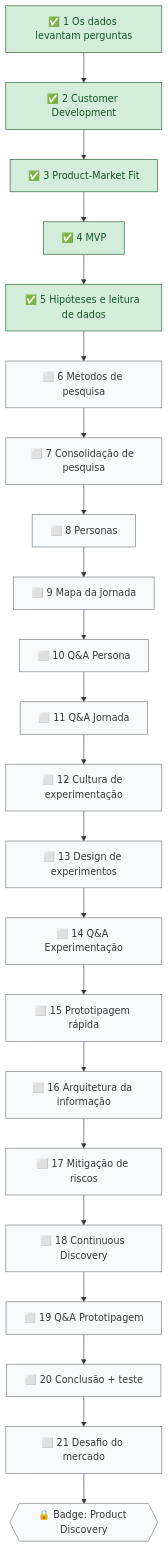
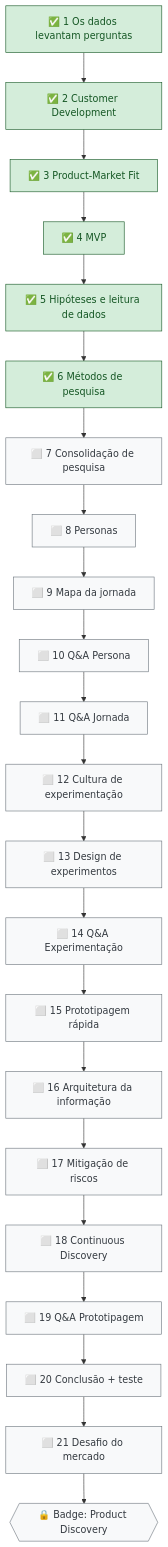
One commit to letsprown-code/po-learning-journal changed the fourth of 7 diagrams in mapa-de-estudos.md. Above: the diagram before and after it, drawn with Mermaid. The commit also changed other lines of this file and 3 other files, not shown here.

First line of the commit message:
DPL 03 aula 6: Métodos de pesquisa

```diff
--- a/mapa-de-estudos.md
+++ b/mapa-de-estudos.md
@@ -141,14 +141,14 @@
 ~~~mermaid
 flowchart TD
     D1["✅ 1 Os dados levantam perguntas"] --> D2["✅ 2 Customer Development"] --> D3["✅ 3 Product-Market Fit"] --> D4["✅ 4 MVP"]
-    D4 --> D5["✅ 5 Hipóteses e leitura de dados"] --> D6["⬜ 6 Métodos de pesquisa"] --> D7["⬜ 7 Consolidação de pesquisa"]
+    D4 --> D5["✅ 5 Hipóteses e leitura de dados"] --> D6["✅ 6 Métodos de pesquisa"] --> D7["⬜ 7 Consolidação de pesquisa"]
     D7 --> D8["⬜ 8 Personas"] --> D9["⬜ 9 Mapa da jornada"] --> D10["⬜ 10 Q&A Persona"] --> D11["⬜ 11 Q&A Jornada"]
     D11 --> D12["⬜ 12 Cultura de experimentação"] --> D13["⬜ 13 Design de experimentos"] --> D14["⬜ 14 Q&A Experimentação"]
     D14 --> D15["⬜ 15 Prototipagem rápida"] --> D16["⬜ 16 Arquitetura da informação"] --> D17["⬜ 17 Mitigação de riscos"]
     D17 --> D18["⬜ 18 Continuous Discovery"] --> D19["⬜ 19 Q&A Prototipagem"] --> D20["⬜ 20 Conclusão + teste"] --> D21["⬜ 21 Desafio do mercado"]
     D21 --> B3{{"🔒 Badge: Product Discovery"}}
     classDef done fill:#d4edda,stroke:#155724,color:#155724
     classDef todo fill:#f8f9fa,stroke:#6c757d,color:#343a40
-    class D1,D2,D3,D4,D5 done
-    class D6,D7,D8,D9,D10,D11,D12,D13,D14,D15,D16,D17,D18,D19,D20,D21,B3 todo
+    class D1,D2,D3,D4,D5,D6 done
+    class D7,D8,D9,D10,D11,D12,D13,D14,D15,D16,D17,D18,D19,D20,D21,B3 todo
 ~~~
```
